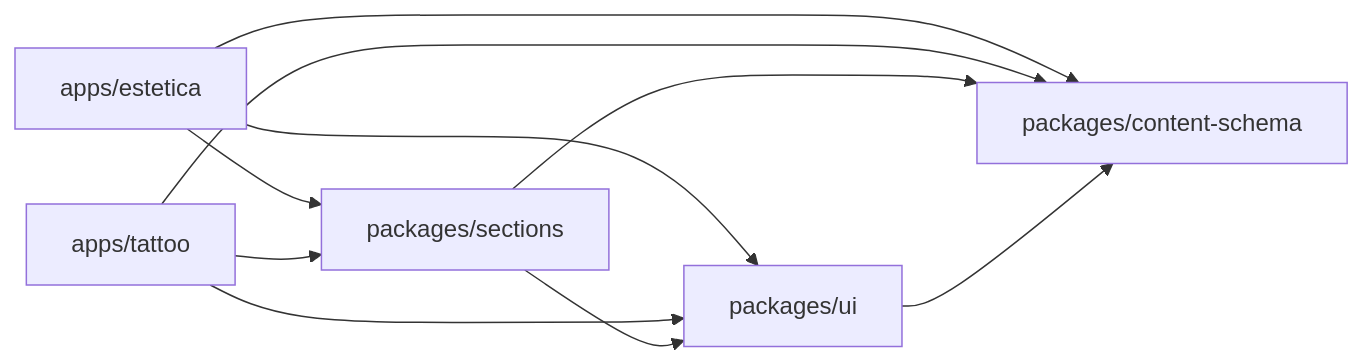
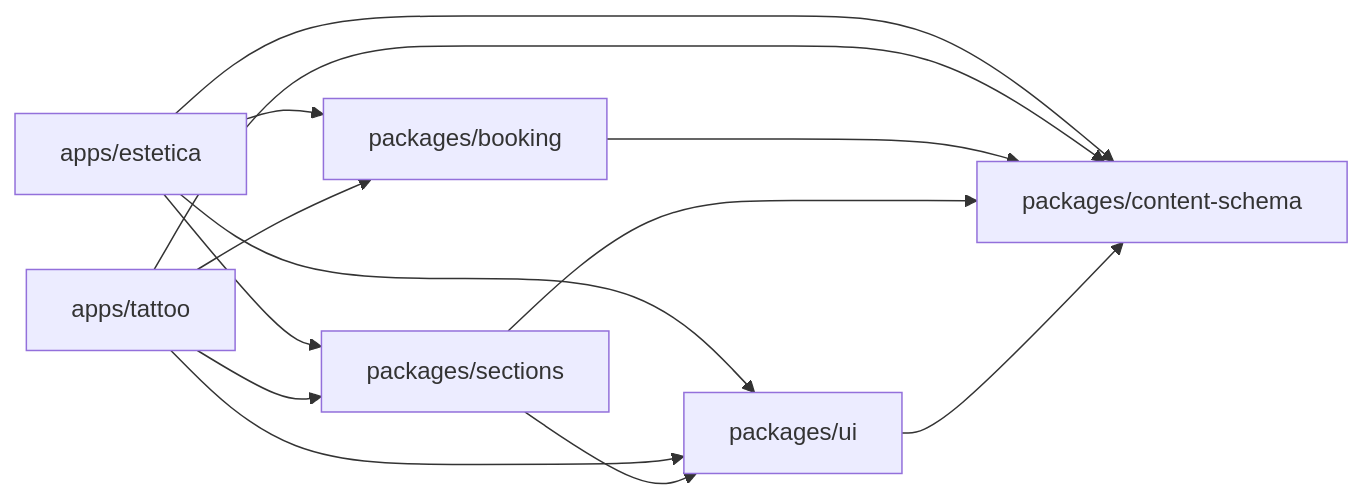
Before and after one commit to Gonzalo-Linares/Littzite: the first of 5 diagrams in docs/02-architecture.md, drawn with Mermaid. The commit also changed other lines of this file and 17 other files, not shown here.

````diff
--- a/docs/02-architecture.md
+++ b/docs/02-architecture.md
@@ -28,12 +28,15 @@
 ```mermaid
 flowchart LR
   E[apps/estetica] --> C[packages/content-schema]
   E --> UI[packages/ui]
   E --> S[packages/sections]
+  E --> B[packages/booking]
   T[apps/tattoo] --> C
   T --> UI
   T --> S
+  T --> B
+  B --> C
   S --> UI
   S --> C
   UI --> C
 ```
````
